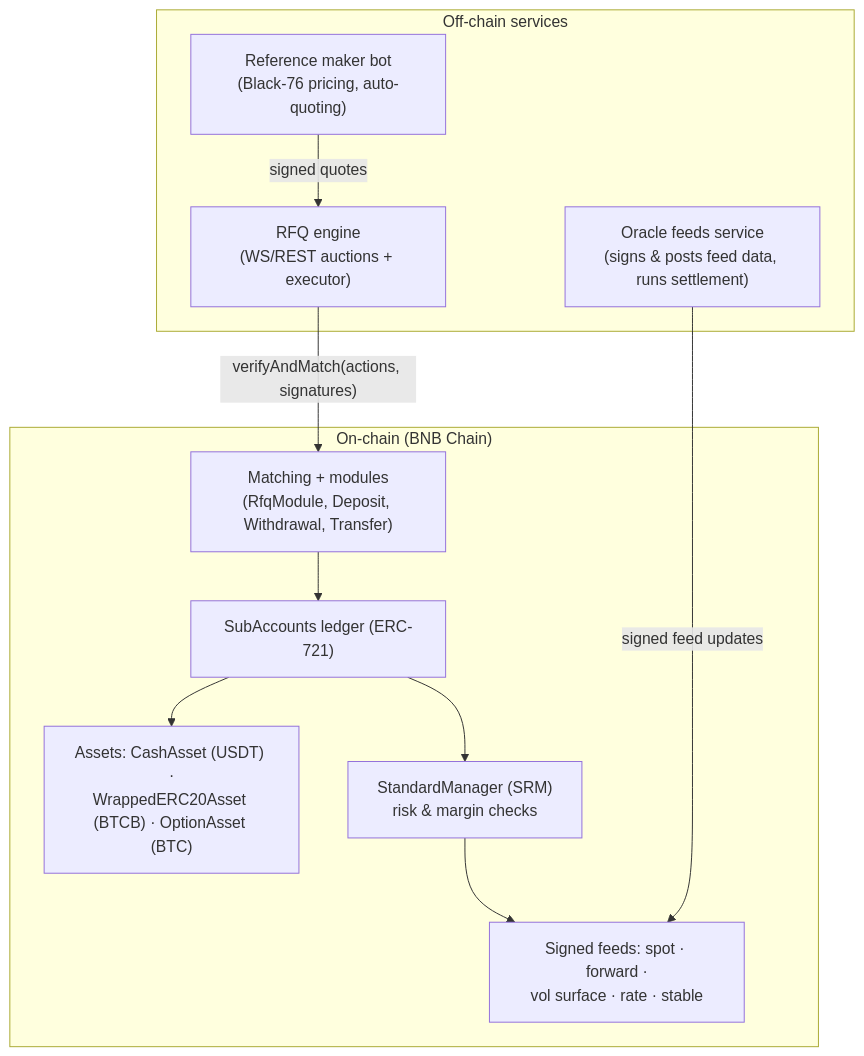
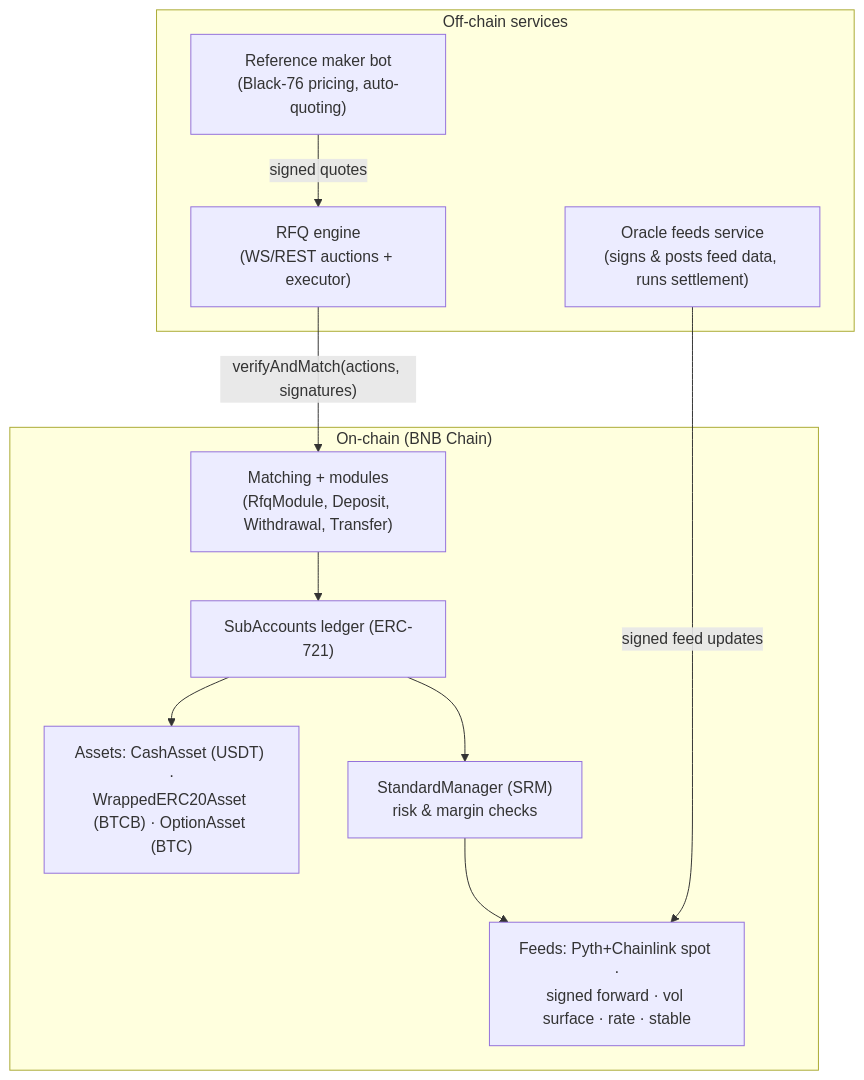
Before and after one commit to ameeetgaikwad/derive-docs: the diagram in docs-site/architecture.mdx, drawn with Mermaid. The commit also changed other lines of this file and 16 other files, not shown here.

````diff
--- a/docs-site/architecture.mdx
+++ b/docs-site/architecture.mdx
@@ -9,22 +9,22 @@
 ```mermaid
 flowchart TB
     subgraph offchain["Off-chain services"]
         RFQ["RFQ engine<br/>(WS/REST auctions + executor)"]
         FEEDS["Oracle feeds service<br/>(signs & posts feed data, runs settlement)"]
         BOT["Reference maker bot<br/>(Black-76 pricing, auto-quoting)"]
     end
     subgraph onchain["On-chain (BNB Chain)"]
         MATCH["Matching + modules<br/>(RfqModule, Deposit, Withdrawal, Transfer)"]
         SA["SubAccounts ledger (ERC-721)"]
         ASSETS["Assets: CashAsset (USDT) ·<br/>WrappedERC20Asset (BTCB) · OptionAsset (BTC)"]
         SRM["StandardManager (SRM)<br/>risk & margin checks"]
-        F["Signed feeds: spot · forward ·<br/>vol surface · rate · stable"]
+        F["Feeds: Pyth+Chainlink spot ·<br/>signed forward · vol surface · rate · stable"]
     end
     BOT -- "signed quotes" --> RFQ
     RFQ -- "verifyAndMatch(actions, signatures)" --> MATCH
     FEEDS -- "signed feed updates" --> F
     MATCH --> SA
     SA --> ASSETS
     SRM --> F
     SA --> SRM
 ```
````
